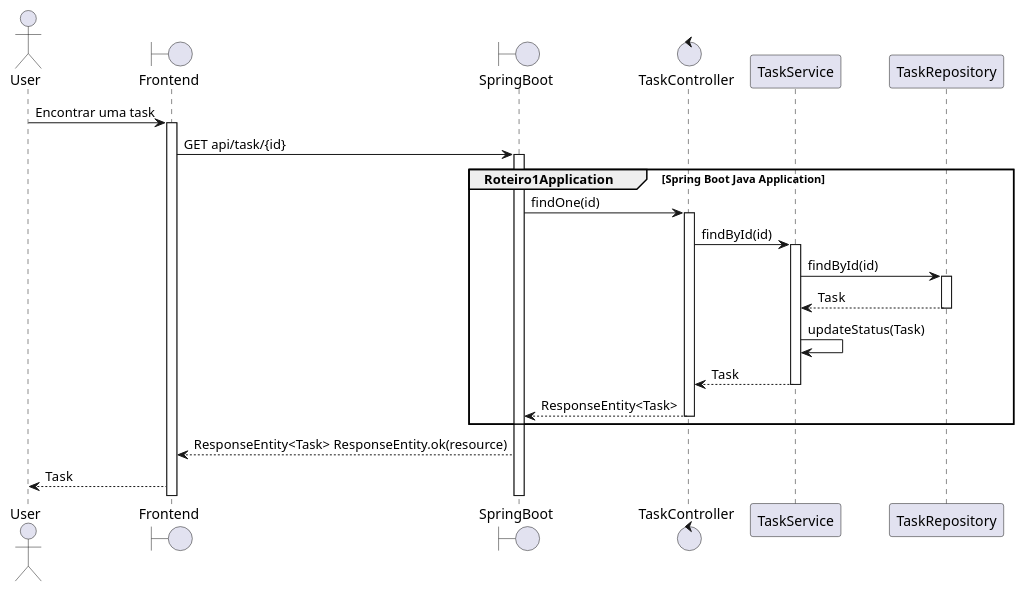
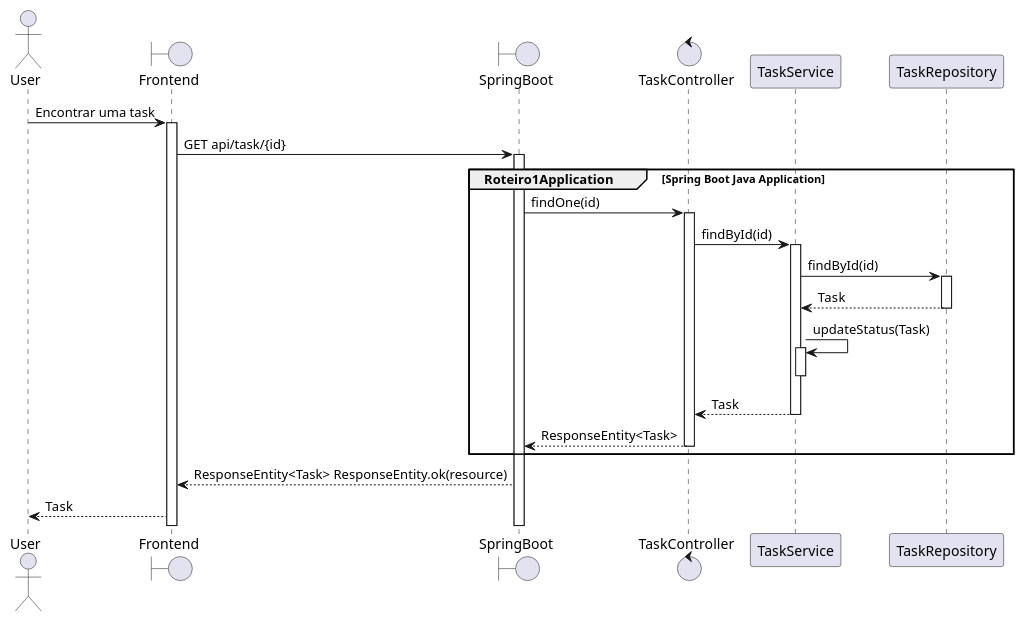
The diagram in docs/diagramas_sequencia/getOne.puml (luccaovf/LabSoftware), drawn with PlantUML before and after one commit.

```diff
--- a/docs/diagramas_sequencia/getOne.puml
+++ b/docs/diagramas_sequencia/getOne.puml
@@ -1,29 +1,31 @@
 @startuml
 actor User
 Boundary Frontend
 Boundary SpringBoot
 Control TaskController
 Participant TaskService
 Participant TaskRepository
 User -> Frontend: Encontrar uma task
 activate Frontend
 Frontend -> SpringBoot: GET api/task/{id}
 group Roteiro1Application [Spring Boot Java Application]
 activate SpringBoot
 SpringBoot -> TaskController: findOne(id)
 activate TaskController
 TaskController -> TaskService: findById(id)
 activate TaskService
 TaskService -> TaskRepository: findById(id)
 activate TaskRepository
 TaskRepository --> TaskService: Task
 deactivate TaskRepository
 TaskService -> TaskService: updateStatus(Task)
+activate TaskService
+deactivate TaskService
 TaskService --> TaskController: Task
 deactivate TaskService
 TaskController --> SpringBoot: ResponseEntity<Task>
 deactivate TaskController
 end
 SpringBoot --> Frontend : ResponseEntity<Task> ResponseEntity.ok(resource)
 Frontend --> User: Task
 @enduml
```
